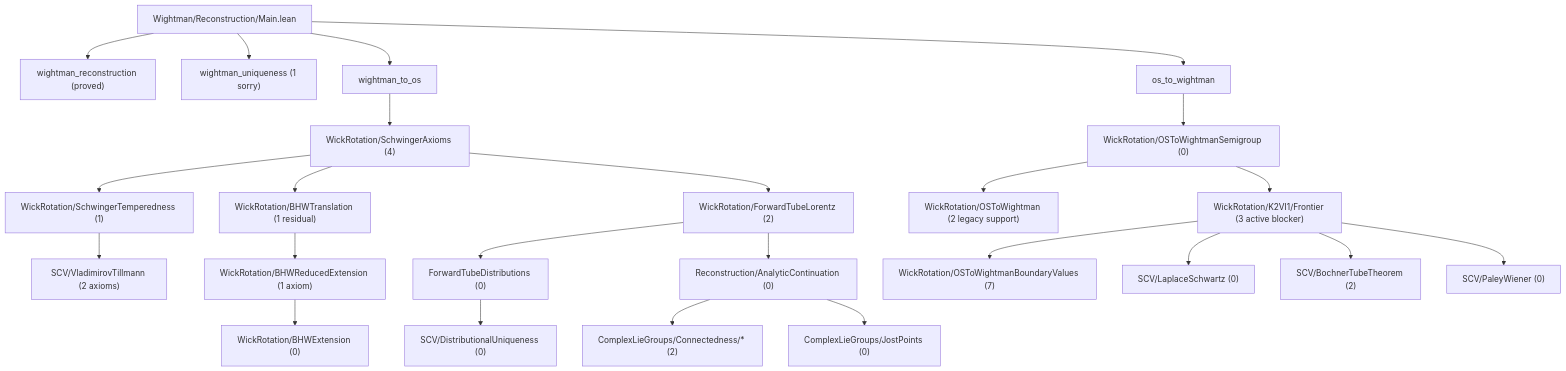
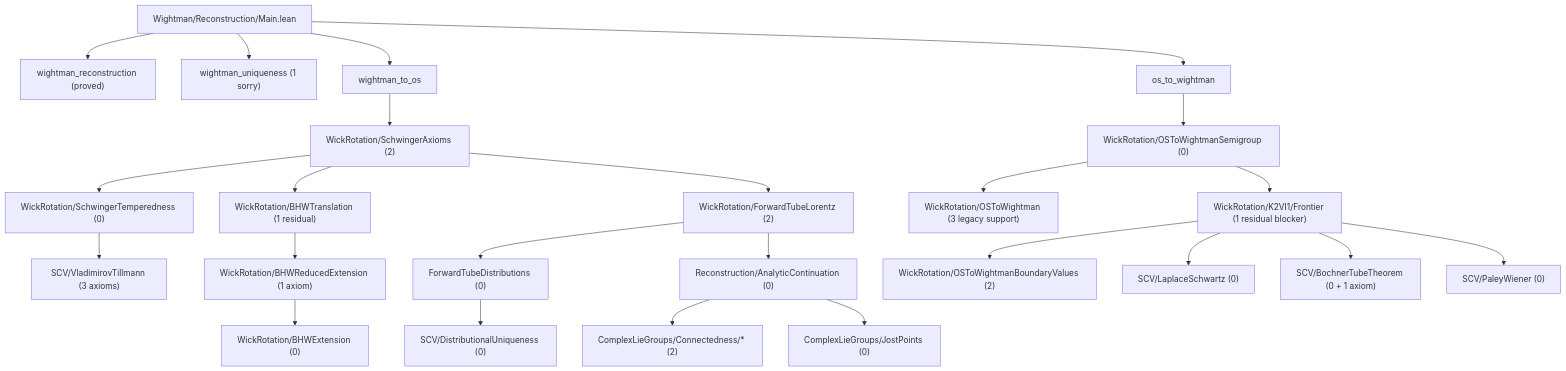
Before and after one commit to xiyin137/OSreconstruction: the diagram in README.md, drawn with Mermaid. The commit also changed other lines of this file and 2 other files, not shown here.

````diff
--- a/README.md
+++ b/README.md
@@ -224,29 +220,29 @@
 ```mermaid
 flowchart TD
   M["Wightman/Reconstruction/Main.lean"]
   M --> WR["wightman_reconstruction (proved)"]
   M --> WU["wightman_uniqueness (1 sorry)"]
   M --> RE["wightman_to_os"]
   M --> ER["os_to_wightman"]
 
-  RE --> SA["WickRotation/SchwingerAxioms (4)"]
-  SA --> ST["WickRotation/SchwingerTemperedness (1)"]
-  ST --> VT["SCV/VladimirovTillmann (2 axioms)"]
+  RE --> SA["WickRotation/SchwingerAxioms (2)"]
+  SA --> ST["WickRotation/SchwingerTemperedness (0)"]
+  ST --> VT["SCV/VladimirovTillmann (3 axioms)"]
   SA --> BT["WickRotation/BHWTranslation (1 residual)"]
   BT --> BR["WickRotation/BHWReducedExtension (1 axiom)"]
   BR --> BE["WickRotation/BHWExtension (0)"]
   SA --> FL["WickRotation/ForwardTubeLorentz (2)"]
   FL --> FTD["ForwardTubeDistributions (0)"]
   FTD --> DU["SCV/DistributionalUniqueness (0)"]
   FL --> AC["Reconstruction/AnalyticContinuation (0)"]
   AC --> CL["ComplexLieGroups/Connectedness/* (2)"]
   AC --> JP["ComplexLieGroups/JostPoints (0)"]
 
   ER --> OWS["WickRotation/OSToWightmanSemigroup (0)"]
-  OWS --> OWC["WickRotation/OSToWightman (2 legacy support)"]
-  OWS --> K2["WickRotation/K2VI1/Frontier (3 active blocker)"]
-  K2 --> OWB["WickRotation/OSToWightmanBoundaryValues (7)"]
+  OWS --> OWC["WickRotation/OSToWightman (3 legacy support)"]
+  OWS --> K2["WickRotation/K2VI1/Frontier (1 residual blocker)"]
+  K2 --> OWB["WickRotation/OSToWightmanBoundaryValues (2)"]
   K2 --> LS["SCV/LaplaceSchwartz (0)"]
-  K2 --> BO["SCV/BochnerTubeTheorem (2)"]
+  K2 --> BO["SCV/BochnerTubeTheorem (0 + 1 axiom)"]
   K2 --> PW["SCV/PaleyWiener (0)"]
 ```
````
